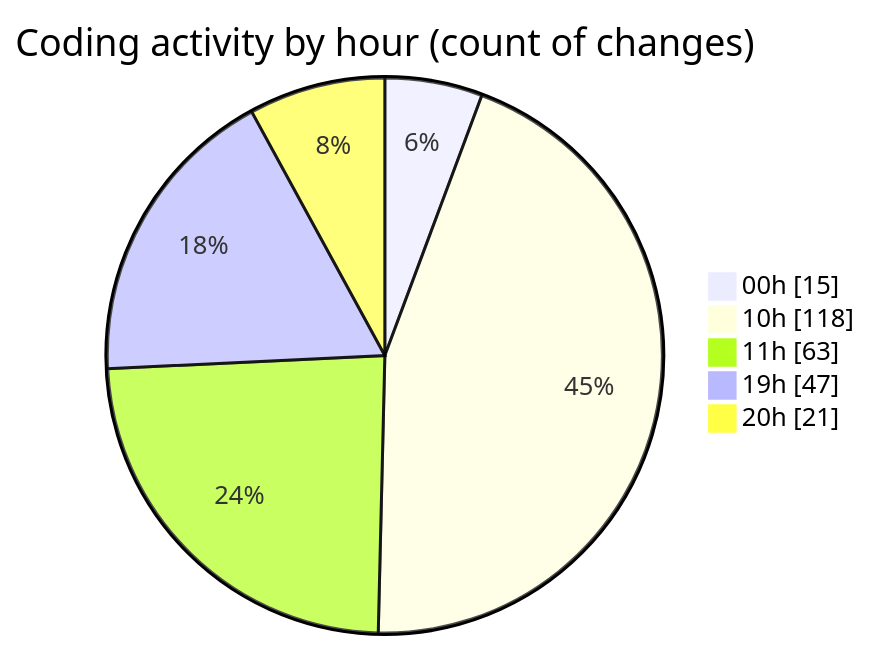
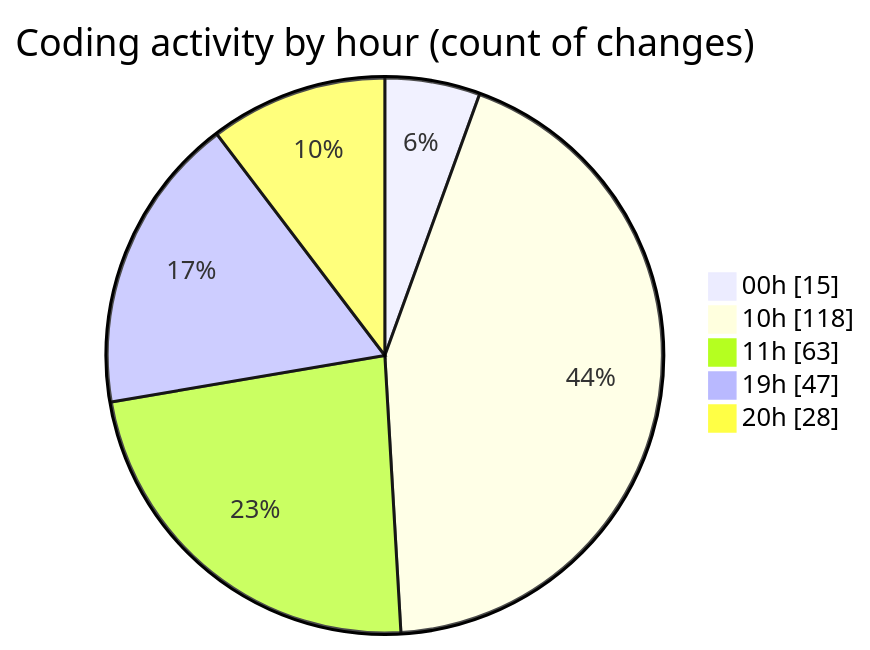
Before and after one commit to Ritupan-Deka/code-tracking: the second of 2 diagrams in 2026-01-11/dsa/README.md, drawn with Mermaid. The commit also changed other lines of this file and 1 other file, not shown here.

````diff
--- a/2026-01-11/dsa/README.md
+++ b/2026-01-11/dsa/README.md
@@ -29,9 +29,9 @@
 ```mermaid
 pie showData
 title Coding activity by hour (count of changes)
 "00h" : 15
 "10h" : 118
 "11h" : 63
 "19h" : 47
-"20h" : 21
+"20h" : 28
 ```
````
